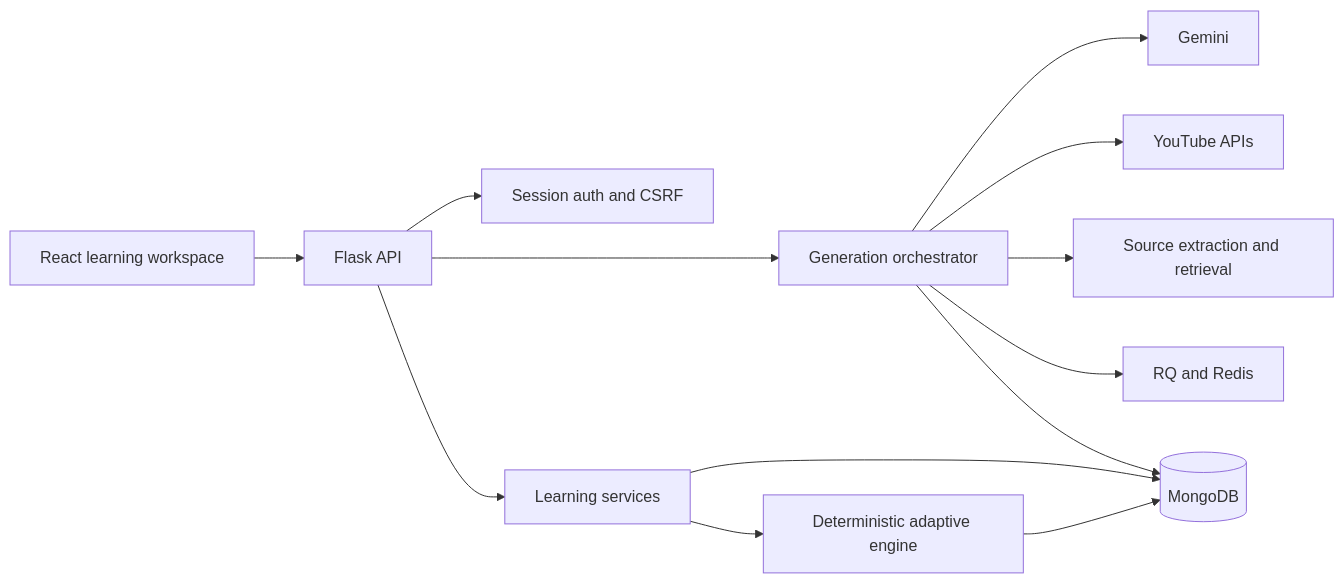
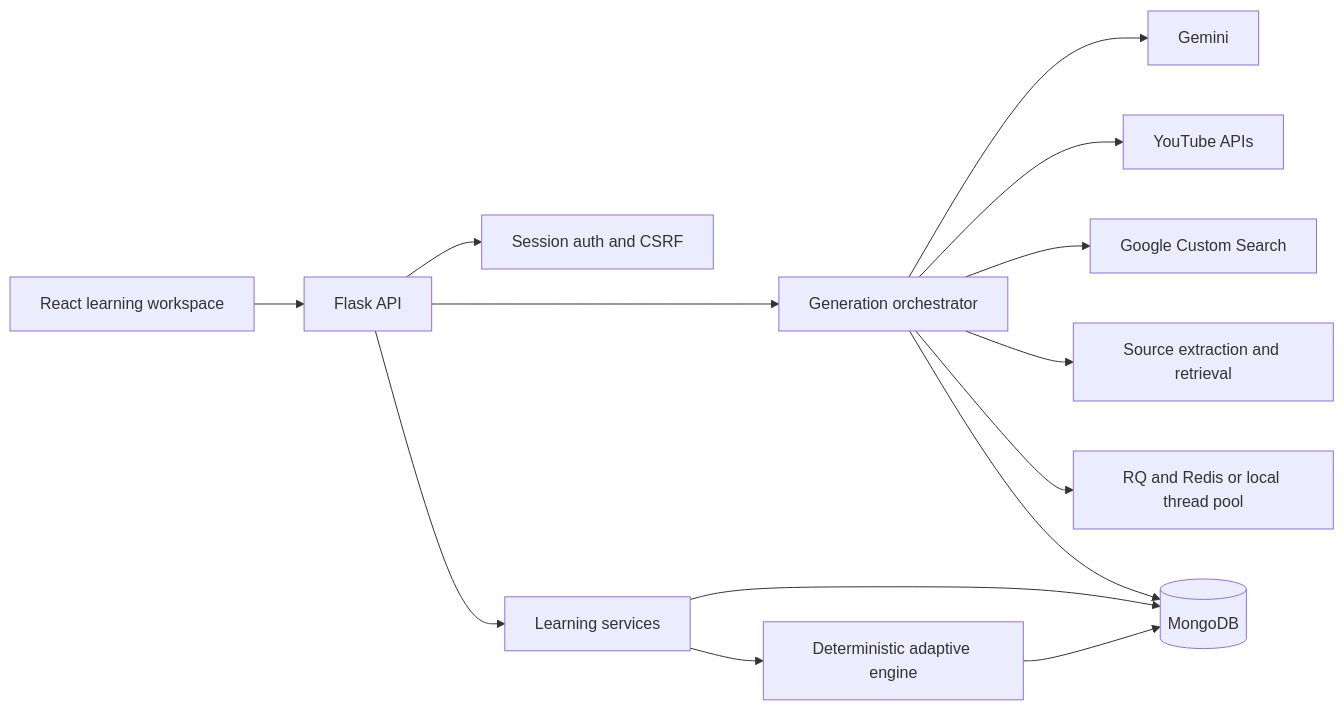
Before and after one commit to rsrsp21/LexinitAI: the first of 3 diagrams in docs/ARCHITECTURE.md, drawn with Mermaid. The commit also changed other lines of this file and 5 other files, not shown here.

````diff
--- a/docs/ARCHITECTURE.md
+++ b/docs/ARCHITECTURE.md
@@ -14,15 +14,16 @@
 ```mermaid
 flowchart LR
     UI[React learning workspace] --> API[Flask API]
     API --> AUTH[Session auth and CSRF]
     API --> JOBS[Generation orchestrator]
     API --> LEARN[Learning services]
     JOBS --> GEMINI[Gemini]
     JOBS --> YOUTUBE[YouTube APIs]
+    JOBS --> SEARCH[Google Custom Search]
     JOBS --> DOCS[Source extraction and retrieval]
-    JOBS --> QUEUE[RQ and Redis]
+    JOBS --> QUEUE[RQ and Redis or local thread pool]
     JOBS --> MONGO[(MongoDB)]
     LEARN --> MONGO
     LEARN --> ADAPT[Deterministic adaptive engine]
     ADAPT --> MONGO
 ```
````
